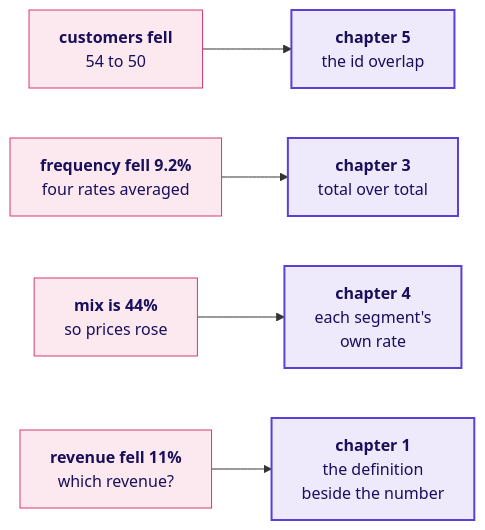
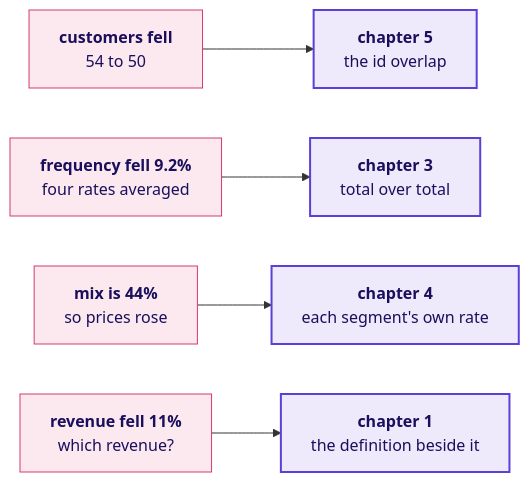
Before and after one commit to fde-academy-lab/c2-content-factory: the eighth of 13 diagrams in content/W01/D2/slides/C2_W01_D02_half2_STUDENT.md, drawn with Mermaid. The commit also changed other lines of this file and 4 other files, not shown here.

````diff
--- a/content/W01/D2/slides/C2_W01_D02_half2_STUDENT.md
+++ b/content/W01/D2/slides/C2_W01_D02_half2_STUDENT.md
@@ -443,11 +447,11 @@
 ```mermaid
 flowchart LR
     W1["<b>customers fell</b><br/>54 to 50"] --> C5["<b>chapter 5</b><br/>the id overlap"]
     W2["<b>frequency fell 9.2%</b><br/>four rates averaged"] --> C3["<b>chapter 3</b><br/>total over total"]
-    W3["<b>mix is 44%</b><br/>so prices rose"] --> C4["<b>chapter 4</b><br/>each segment's<br/>own rate"]
-    W4["<b>revenue fell 11%</b><br/>which revenue?"] --> C1["<b>chapter 1</b><br/>the definition<br/>beside the number"]
+    W3["<b>mix is 44%</b><br/>so prices rose"] --> C4["<b>chapter 4</b><br/>each segment's own rate"]
+    W4["<b>revenue fell 11%</b><br/>which revenue?"] --> C1["<b>chapter 1</b><br/>the definition beside it"]
     classDef bad fill:#FBE9EF,stroke:#D63A6A,color:#1A0F5C
     classDef known fill:#EEEAFB,stroke:#5B3FD6,color:#1A0F5C,stroke-width:2px
     class W1,W2,W3,W4 bad
     class C1,C3,C4,C5 known
 ```
````
